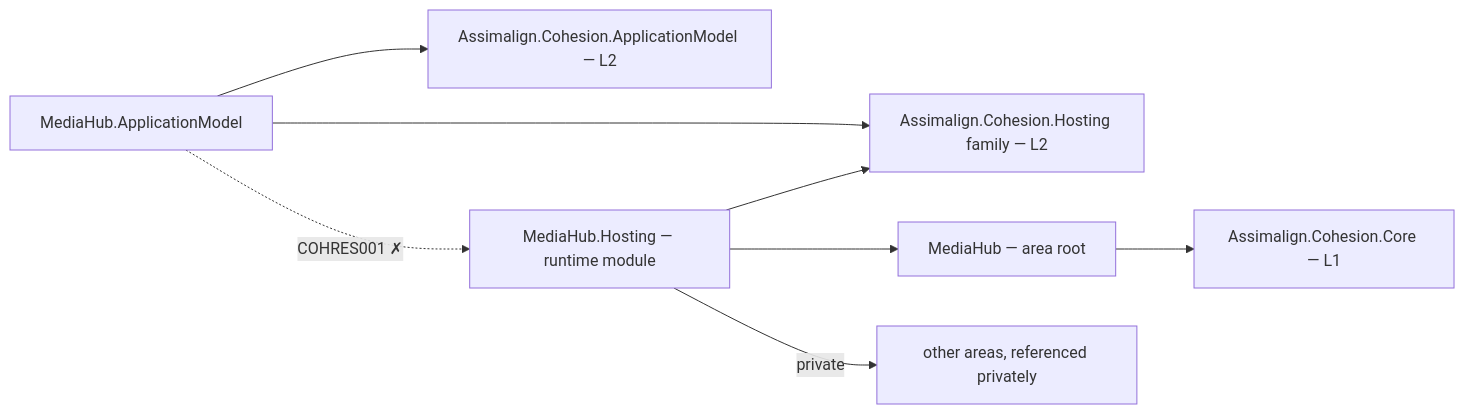
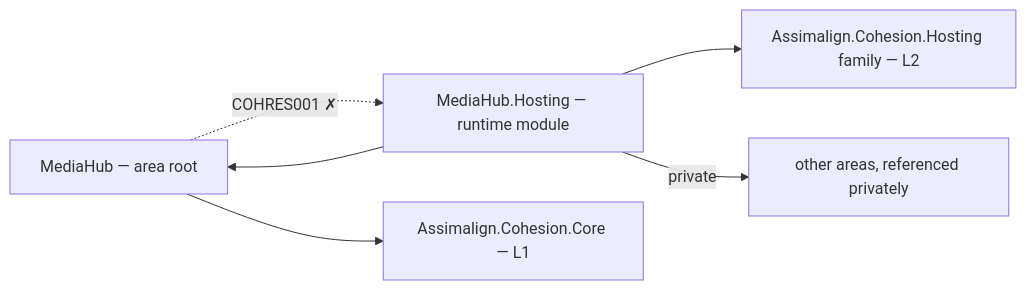
The diagram in resources/MediaHub/README.md (assimalign/cohesion), drawn with Mermaid before and after one commit. The commit also changed other lines of this file and 441 other files, not shown here.

````diff
--- a/resources/MediaHub/README.md
+++ b/resources/MediaHub/README.md
@@ -12,17 +12,13 @@
 ```mermaid
 flowchart LR
     P0["MediaHub — area root"]
-    P1["MediaHub.ApplicationModel"]
     P2["MediaHub.Hosting — runtime module"]
     CORE["Assimalign.Cohesion.Core — L1"]
     HOSTFAM["Assimalign.Cohesion.Hosting family — L2"]
-    APPMODEL["Assimalign.Cohesion.ApplicationModel — L2"]
     PRIV["other areas, referenced privately"]
     P0 --> CORE
-    P1 --> APPMODEL
-    P1 --> HOSTFAM
     P2 --> HOSTFAM
     P2 --> P0
     P2 -->|"private"| PRIV
-    P1 -.->|"COHRES001 ✗"| P2
+    P0 -.->|"COHRES001 ✗"| P2
 ```
````
